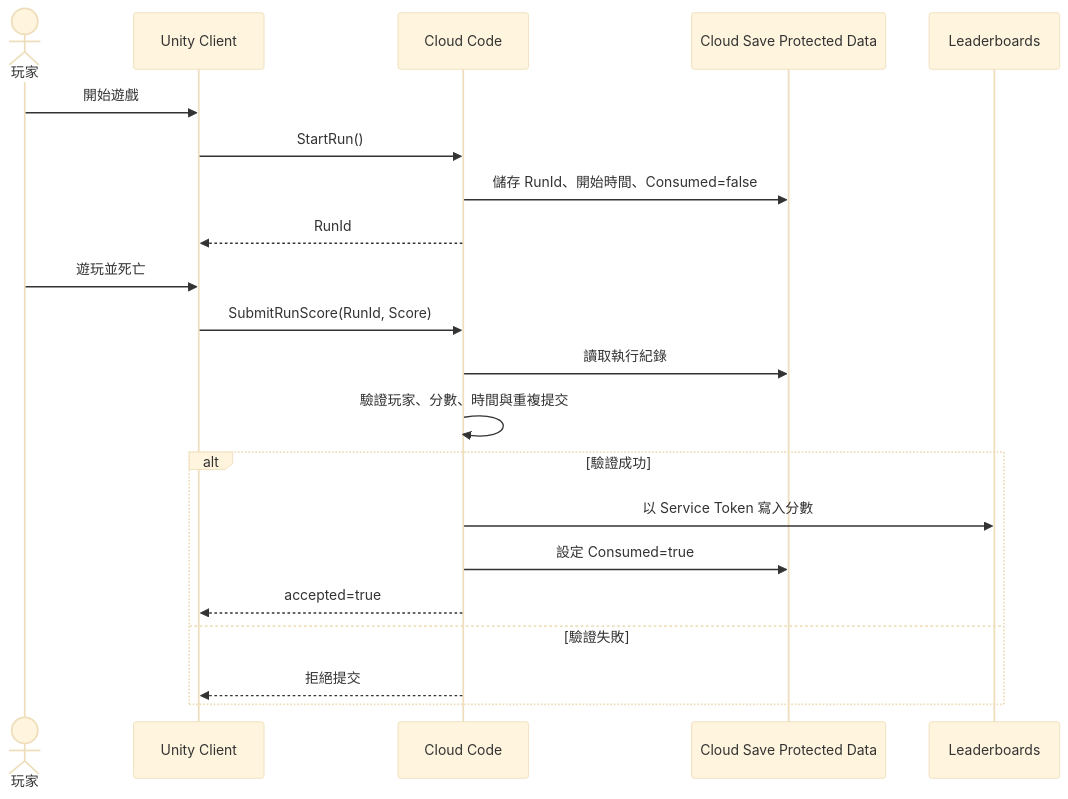
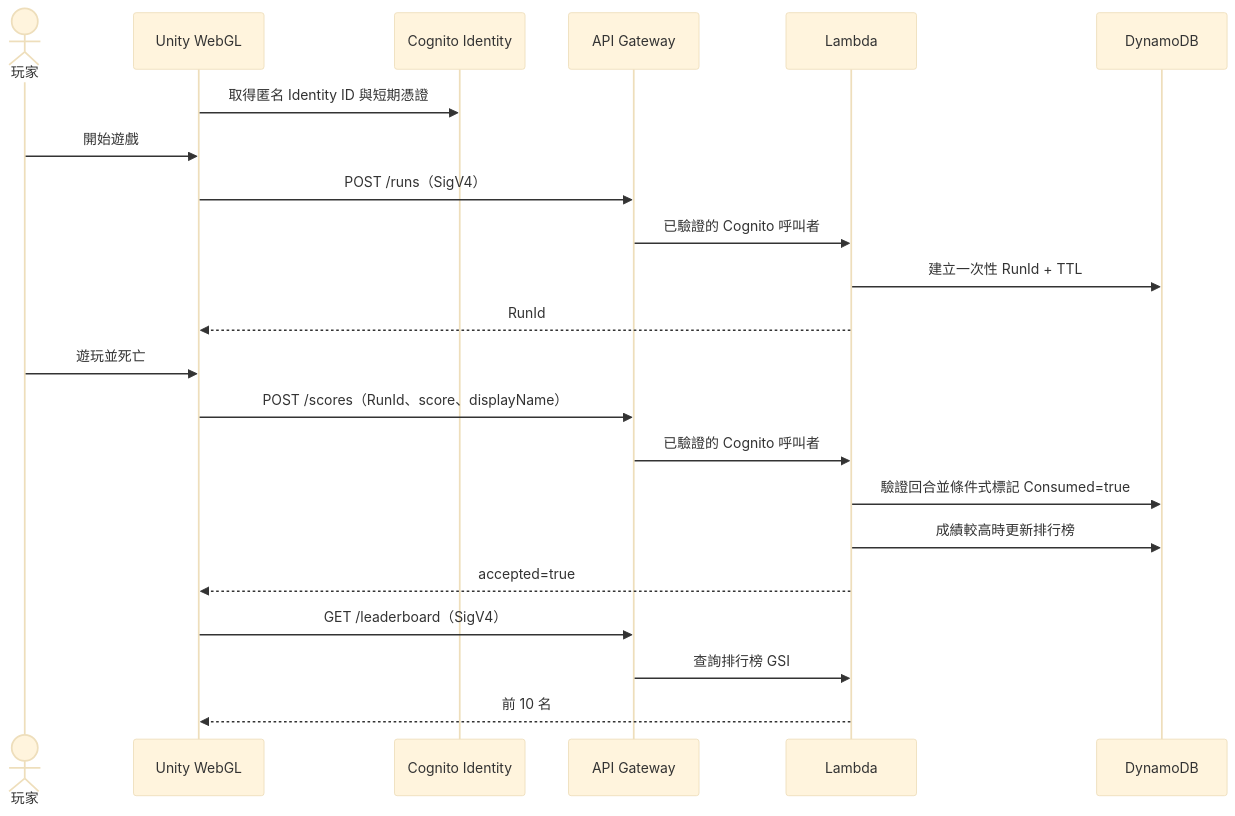
The second of 2 diagrams in docs/ARCHITECTURE.md (789jacobis/CrossyGame), drawn with Mermaid (base theme) before and after one commit. The commit also changed other lines of this file and 41 other files, not shown here.

````diff
--- a/docs/ARCHITECTURE.md
+++ b/docs/ARCHITECTURE.md
@@ -34,25 +33,25 @@
 ```mermaid
 sequenceDiagram
     actor Player as 玩家
-    participant Client as Unity Client
-    participant Cloud as Cloud Code
-    participant Save as Cloud Save Protected Data
-    participant Board as Leaderboards
+    participant Client as Unity WebGL
+    participant Cognito as Cognito Identity
+    participant API as API Gateway
+    participant Lambda as Lambda
+    participant DB as DynamoDB
 
+    Client->>Cognito: 取得匿名 Identity ID 與短期憑證
     Player->>Client: 開始遊戲
-    Client->>Cloud: StartRun()
-    Cloud->>Save: 儲存 RunId、開始時間、Consumed=false
-    Cloud-->>Client: RunId
-
+    Client->>API: POST /runs（SigV4）
+    API->>Lambda: 已驗證的 Cognito 呼叫者
+    Lambda->>DB: 建立一次性 RunId + TTL
+    Lambda-->>Client: RunId
     Player->>Client: 遊玩並死亡
-    Client->>Cloud: SubmitRunScore(RunId, Score)
-    Cloud->>Save: 讀取執行紀錄
-    Cloud->>Cloud: 驗證玩家、分數、時間與重複提交
-    alt 驗證成功
-        Cloud->>Board: 以 Service Token 寫入分數
-        Cloud->>Save: 設定 Consumed=true
-        Cloud-->>Client: accepted=true
-    else 驗證失敗
-        Cloud-->>Client: 拒絕提交
-    end
+    Client->>API: POST /scores（RunId、score、displayName）
+    API->>Lambda: 已驗證的 Cognito 呼叫者
+    Lambda->>DB: 驗證回合並條件式標記 Consumed=true
+    Lambda->>DB: 成績較高時更新排行榜
+    Lambda-->>Client: accepted=true
+    Client->>API: GET /leaderboard（SigV4）
+    API->>Lambda: 查詢排行榜 GSI
+    Lambda-->>Client: 前 10 名
 ```
````
